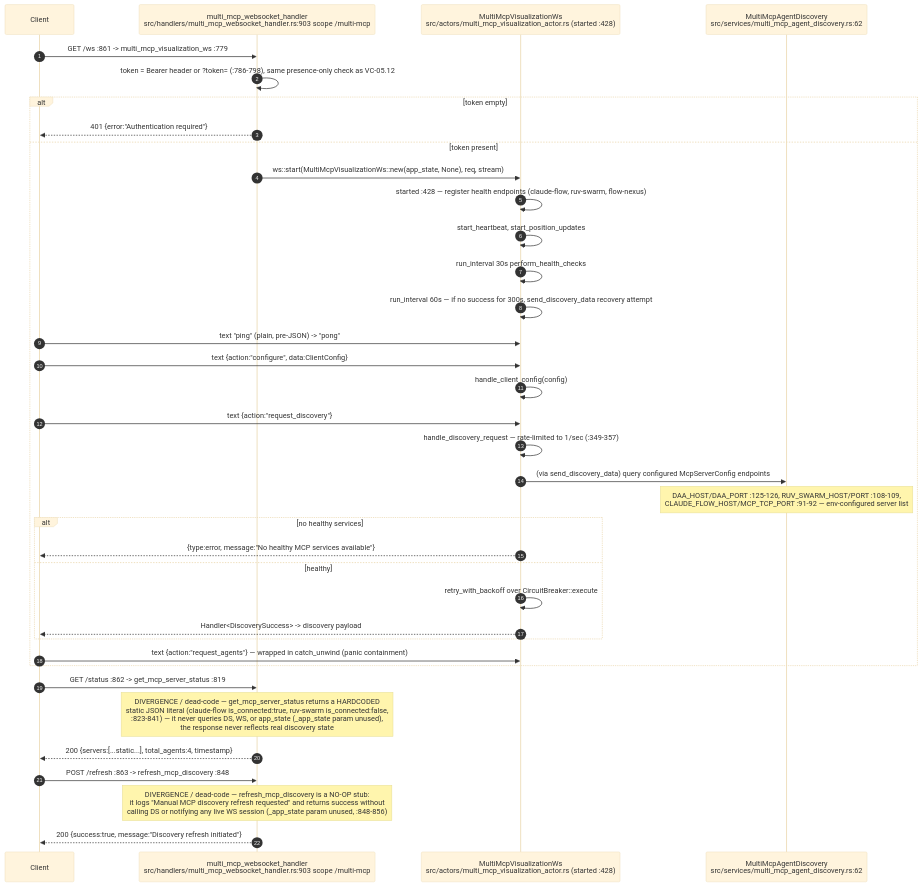
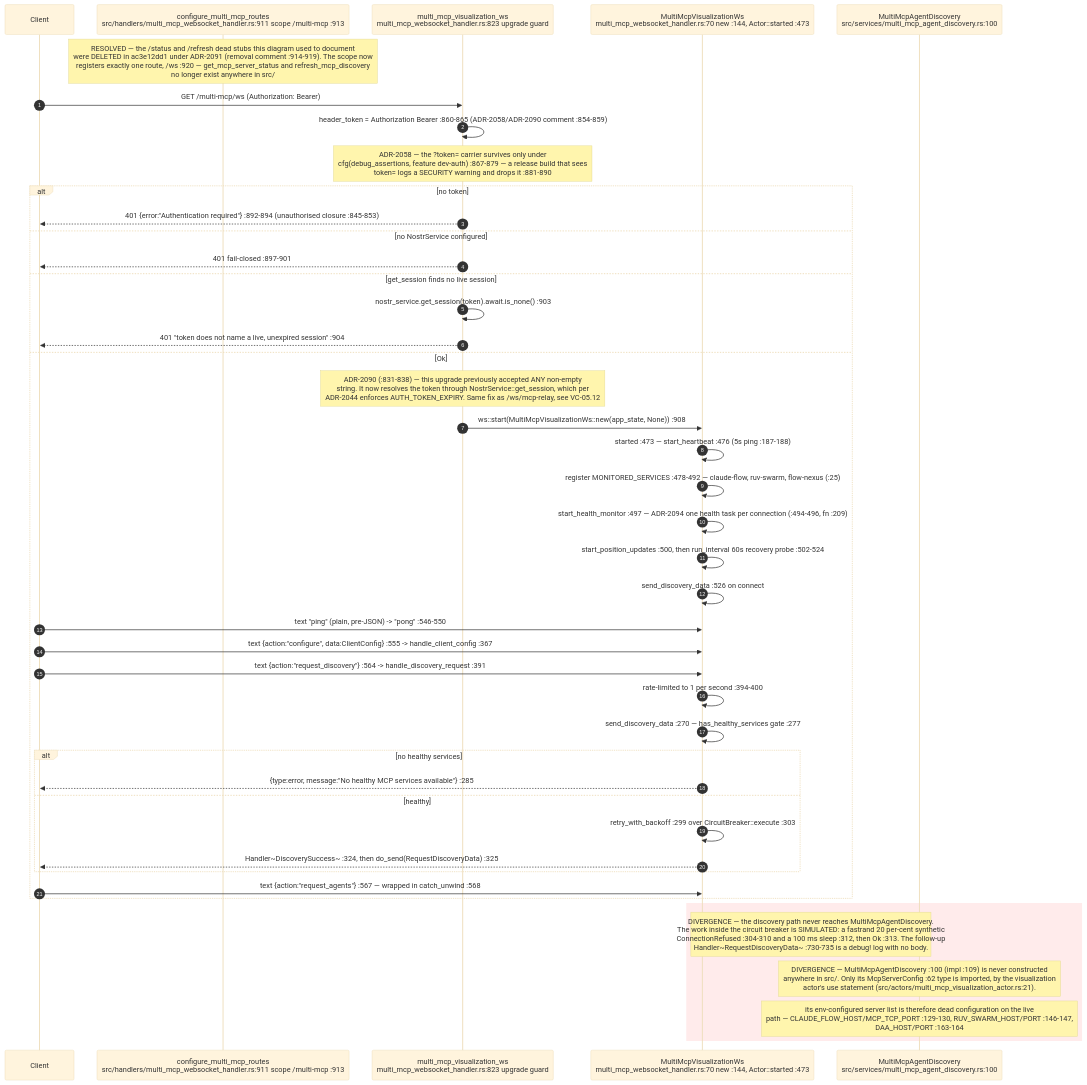
Diagram 13 of 18 in docs/diagrams/visionclaw/05-handlers-governance-and-identity.md (DreamLab-AI/VisionFlow), drawn with Mermaid (base theme) before and after one commit. The commit also changed other lines of this file and 52 other files, not shown here.

First line of the commit message:
docs(diagrams): wave 3 checkpoint — bare line refs resolved, revision-pinned cite-check, VC-05/AB-01..13 re-attested

````diff
--- a/docs/diagrams/visionclaw/05-handlers-governance-and-identity.md
+++ b/docs/diagrams/visionclaw/05-handlers-governance-and-identity.md
@@ -635,40 +642,47 @@
 ```mermaid
 sequenceDiagram
     autonumber
     participant C as Client
-    participant H as multi_mcp_websocket_handler<br/>src/handlers/multi_mcp_websocket_handler.rs:903 scope /multi-mcp
-    participant WS as MultiMcpVisualizationWs<br/>src/actors/multi_mcp_visualization_actor.rs (started :428)
-    participant DS as MultiMcpAgentDiscovery<br/>src/services/multi_mcp_agent_discovery.rs:62
+    participant H as configure_multi_mcp_routes<br/>src/handlers/multi_mcp_websocket_handler.rs:911 scope /multi-mcp :913
+    participant U as multi_mcp_visualization_ws<br/>multi_mcp_websocket_handler.rs:823 upgrade guard
+    participant WS as MultiMcpVisualizationWs<br/>multi_mcp_websocket_handler.rs:70 new :144, Actor::started :473
+    participant DS as MultiMcpAgentDiscovery<br/>src/services/multi_mcp_agent_discovery.rs:100
 
-    C->>H: GET /ws :861 -> multi_mcp_visualization_ws :779
-    H->>H: token = Bearer header or ?token= (:786-798), same presence-only check as VC-05.12
-    alt token empty
-        H-->>C: 401 {error:"Authentication required"}
-    else token present
-        H->>WS: ws::start(MultiMcpVisualizationWs::new(app_state, None), req, stream)
-        WS->>WS: started :428 — register health endpoints (claude-flow, ruv-swarm, flow-nexus)
-        WS->>WS: start_heartbeat, start_position_updates
-        WS->>WS: run_interval 30s perform_health_checks
-        WS->>WS: run_interval 60s — if no success for 300s, send_discovery_data recovery attempt
-        C->>WS: text "ping" (plain, pre-JSON) -> "pong"
-        C->>WS: text {action:"configure", data:ClientConfig}
-        WS->>WS: handle_client_config(config)
-        C->>WS: text {action:"request_discovery"}
-        WS->>WS: handle_discovery_request — rate-limited to 1/sec (:349-357)
-        WS->>DS: (via send_discovery_data) query configured McpServerConfig endpoints
-        Note over DS: DAA_HOST/DAA_PORT :125-126, RUV_SWARM_HOST/PORT :108-109,<br/>CLAUDE_FLOW_HOST/MCP_TCP_PORT :91-92 — env-configured server list
+    Note over H: RESOLVED — the /status and /refresh dead stubs this diagram used to document<br/>were DELETED in ac3e12dd1 under ADR-2091 (removal comment :914-919). The scope now<br/>registers exactly one route, /ws :920 — get_mcp_server_status and refresh_mcp_discovery<br/>no longer exist anywhere in src/
+    C->>U: GET /multi-mcp/ws (Authorization: Bearer)
+    U->>U: header_token = Authorization Bearer :860-865 (ADR-2058/ADR-2090 comment :854-859)
+    Note over U: ADR-2058 — the ?token= carrier survives only under<br/>cfg(debug_assertions, feature dev-auth) :867-879 — a release build that sees<br/>token= logs a SECURITY warning and drops it :881-890
+    alt no token
+        U-->>C: 401 {error:"Authentication required"} :892-894 (unauthorised closure :845-853)
+    else no NostrService configured
+        U-->>C: 401 fail-closed :897-901
+    else get_session finds no live session
+        U->>U: nostr_service.get_session(token).await.is_none() :903
+        U-->>C: 401 "token does not name a live, unexpired session" :904
+    else Ok
+        Note over U: ADR-2090 (:831-838) — this upgrade previously accepted ANY non-empty<br/>string. It now resolves the token through NostrService::get_session, which per<br/>ADR-2044 enforces AUTH_TOKEN_EXPIRY. Same fix as /ws/mcp-relay, see VC-05.12
+        U->>WS: ws::start(MultiMcpVisualizationWs::new(app_state, None)) :908
+        WS->>WS: started :473 — start_heartbeat :476 (5s ping :187-188)
+        WS->>WS: register MONITORED_SERVICES :478-492 — claude-flow, ruv-swarm, flow-nexus (:25)
+        WS->>WS: start_health_monitor :497 — ADR-2094 one health task per connection (:494-496, fn :209)
+        WS->>WS: start_position_updates :500, then run_interval 60s recovery probe :502-524
+        WS->>WS: send_discovery_data :526 on connect
+        C->>WS: text "ping" (plain, pre-JSON) -> "pong" :546-550
+        C->>WS: text {action:"configure", data:ClientConfig} :555 -> handle_client_config :367
+        C->>WS: text {action:"request_discovery"} :564 -> handle_discovery_request :391
+        WS->>WS: rate-limited to 1 per second :394-400
+        WS->>WS: send_discovery_data :270 — has_healthy_services gate :277
         alt no healthy services
-            WS-->>C: {type:error, message:"No healthy MCP services available"}
+            WS-->>C: {type:error, message:"No healthy MCP services available"} :285
         else healthy
-            WS->>WS: retry_with_backoff over CircuitBreaker::execute
-            WS-->>C: Handler<DiscoverySuccess> -> discovery payload
+            WS->>WS: retry_with_backoff :299 over CircuitBreaker::execute :303
+            WS-->>C: Handler~DiscoverySuccess~ :324, then do_send(RequestDiscoveryData) :325
         end
-        C->>WS: text {action:"request_agents"} — wrapped in catch_unwind (panic containment)
+        C->>WS: text {action:"request_agents"} :567 — wrapped in catch_unwind :568
     end
-    C->>H: GET /status :862 -> get_mcp_server_status :819
-    Note over H: DIVERGENCE / dead-code — get_mcp_server_status returns a HARDCODED<br/>static JSON literal (claude-flow is_connected:true, ruv-swarm is_connected:false,<br/>:823-841) — it never queries DS, WS, or app_state (_app_state param unused),<br/>the response never reflects real discovery state
-    H-->>C: 200 {servers:[...static...], total_agents:4, timestamp}
-    C->>H: POST /refresh :863 -> refresh_mcp_discovery :848
-    Note over H: DIVERGENCE / dead-code — refresh_mcp_discovery is a NO-OP stub:<br/>it logs "Manual MCP discovery refresh requested" and returns success without<br/>calling DS or notifying any live WS session (_app_state param unused, :848-856)
-    H-->>C: 200 {success:true, message:"Discovery refresh initiated"}
+    rect rgb(255,235,235)
+    Note over WS,DS: DIVERGENCE — the discovery path never reaches MultiMcpAgentDiscovery.<br/>The work inside the circuit breaker is SIMULATED: a fastrand 20 per-cent synthetic<br/>ConnectionRefused :304-310 and a 100 ms sleep :312, then Ok :313. The follow-up<br/>Handler~RequestDiscoveryData~ :730-735 is a debug! log with no body.
+    Note over DS: DIVERGENCE — MultiMcpAgentDiscovery :100 (impl :109) is never constructed<br/>anywhere in src/. Only its McpServerConfig :62 type is imported, by the visualization<br/>actor's use statement (src/actors/multi_mcp_visualization_actor.rs:21).
+    Note over DS: its env-configured server list is therefore dead configuration on the live<br/>path — CLAUDE_FLOW_HOST/MCP_TCP_PORT :129-130, RUV_SWARM_HOST/PORT :146-147,<br/>DAA_HOST/PORT :163-164
+    end
 ```
````
